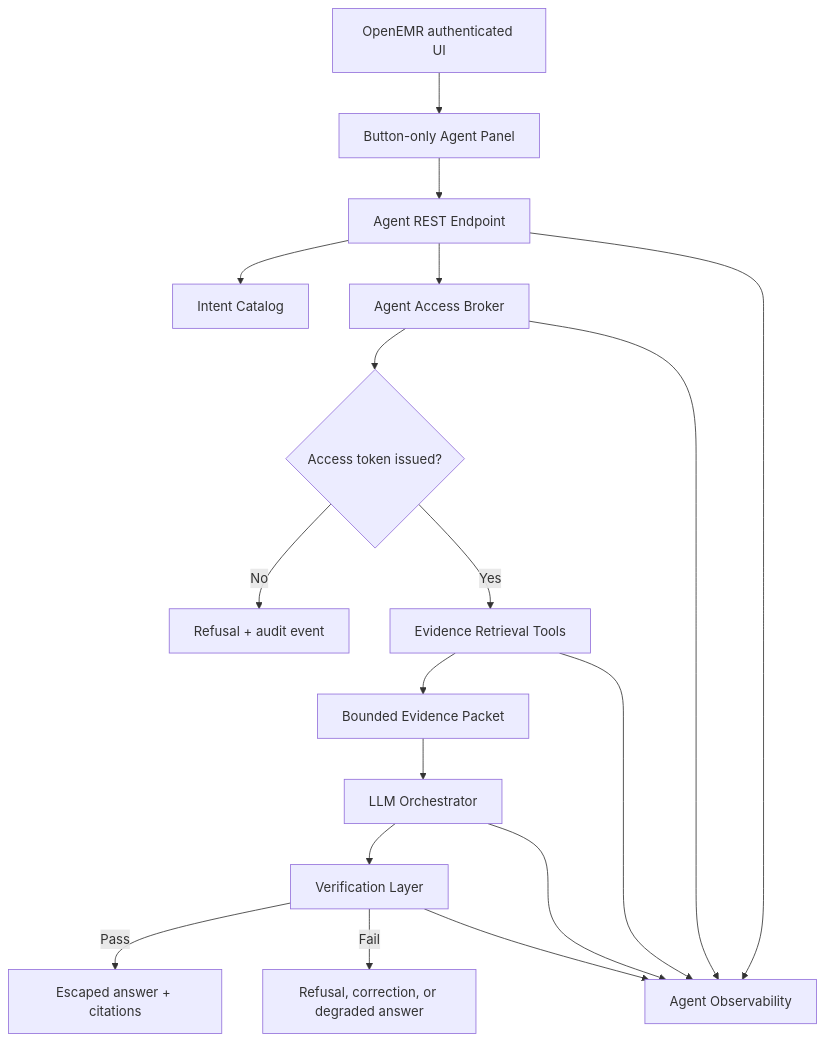
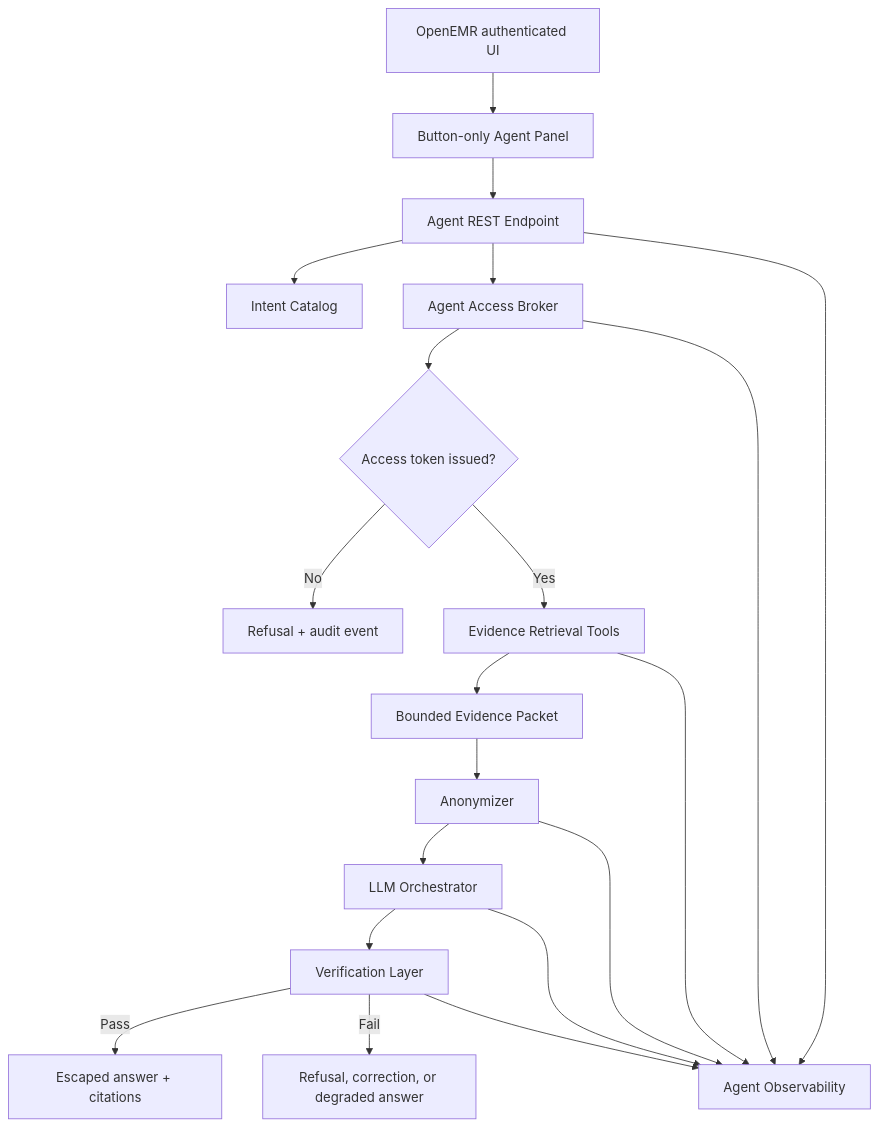
The diagram in ARCHITECTURE.md (stick109/openemr), drawn with Mermaid before and after one commit. The commit also changed other lines of this file, not shown here.

Commit message:
Add anonymizer component to agent architecture

````diff
--- a/ARCHITECTURE.md
+++ b/ARCHITECTURE.md
@@ -134,20 +135,22 @@
 ```mermaid
 flowchart TD
     A["OpenEMR authenticated UI"] --> B["Button-only Agent Panel"]
     B --> C["Agent REST Endpoint"]
     C --> D["Intent Catalog"]
     C --> E["Agent Access Broker"]
     E --> F{"Access token issued?"}
     F -->|No| G["Refusal + audit event"]
     F -->|Yes| H["Evidence Retrieval Tools"]
     H --> I["Bounded Evidence Packet"]
-    I --> J["LLM Orchestrator"]
+    I --> O["Anonymizer"]
+    O --> J["LLM Orchestrator"]
     J --> K["Verification Layer"]
     K -->|Pass| L["Escaped answer + citations"]
     K -->|Fail| M["Refusal, correction, or degraded answer"]
     C --> N["Agent Observability"]
     E --> N
     H --> N
+    O --> N
     J --> N
     K --> N
 ```
````
